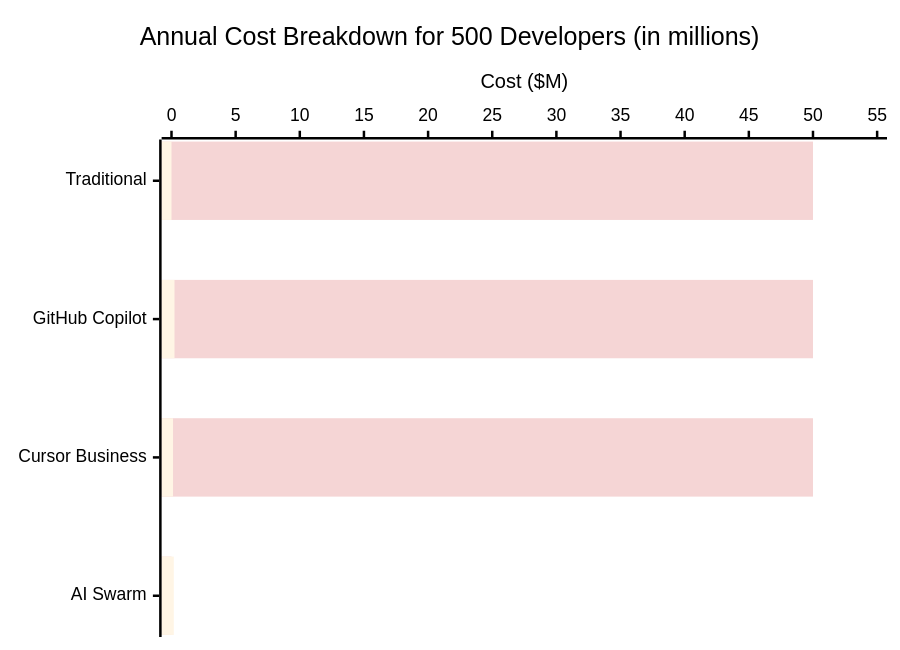
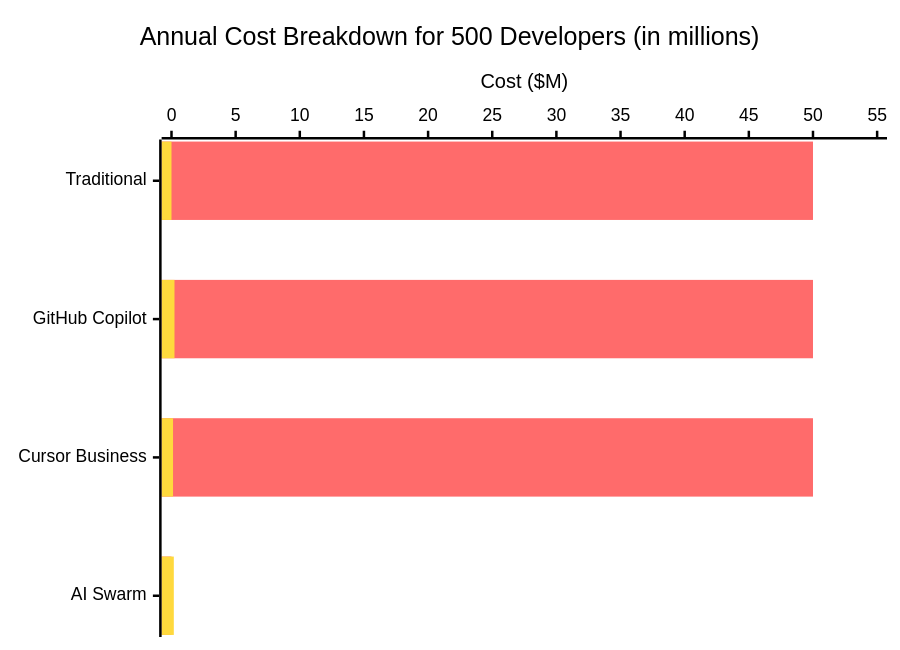
Before and after one commit to o2alexanderfedin/AI-Hive-Business-Docs: the third of 9 diagrams in business-documents/market-analysis/06-pricing-analysis.md, drawn with Mermaid. The commit also changed other lines of this file, not shown here.

Commit message:
Enhance bar colors with higher contrast and outlines
- Update colors to more vibrant, contrasting palette:
  - Developer Costs: #FF6B6B (bright red)
  - Tool/Platform Costs: #FFD93D (bright yellow)
  - AI Swarm: #6BCF7F (bright green)
- Add bar outlines with darker shades:
  - Red outline: #CC5555
  - Yellow outline: #E6C230
  - Green outline: #4CAF50
- Set outline width to 2px for better visibility
- Update color legend with emoji indicators
- Much better visual contrast and clarity

````diff
--- a/business-documents/market-analysis/06-pricing-analysis.md
+++ b/business-documents/market-analysis/06-pricing-analysis.md
@@ -167,24 +167,26 @@
 ```mermaid
 ---
 config:
   themeVariables:
     xyChart:
       backgroundColor: transparent
-      plotColorPalette: "#F5D5D5, #FFF5E5, #D5F5D5"
+      plotColorPalette: "#FF6B6B, #FFD93D, #6BCF7F"
+      plotBorderColor: "#CC5555, #E6C230, #4CAF50"
+      plotBorderWidth: 2
       titleColor: "#000000"
       xAxisLabelColor: "#000000"
       xAxisTitleColor: "#000000"
       xAxisTickColor: "#000000"
       xAxisLineColor: "#000000"
       yAxisLabelColor: "#000000"
       yAxisTitleColor: "#000000"
       yAxisTickColor: "#000000"
       yAxisLineColor: "#000000"
 ---
 xychart-beta horizontal
     title "Annual Cost Breakdown for 500 Developers (in millions)"
     x-axis ["Traditional", "GitHub Copilot", "Cursor Business", "AI Swarm"]
     y-axis "Cost ($M)" 0 --> 55
     bar "Developer Costs" [50.00, 50.00, 50.00, 0]
     bar "Tool/Platform Costs" [0, 0.234, 0.12, 0.18]
 ```
````
